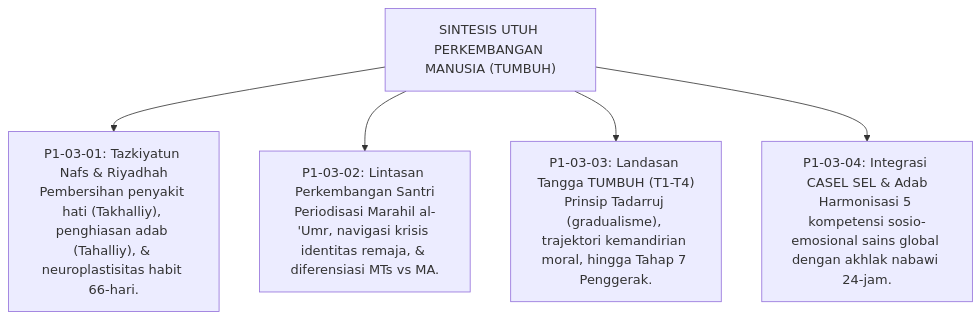
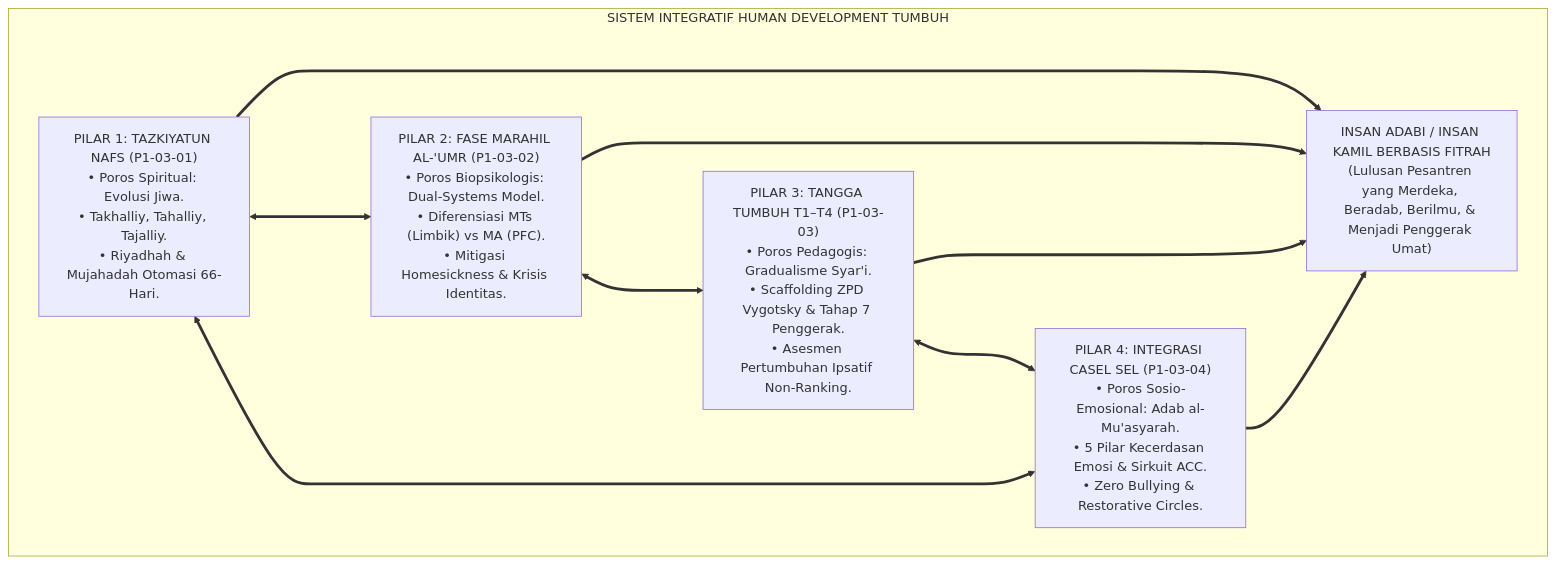
The first of 5 diagrams in 01 Philosophy/03 Human Development/P1-03-05-Sintesis-Human-Development.md (wandiapriliyandi/tumbuh), drawn with Mermaid before and after one commit. The commit also changed other lines of this file and 31 other files, not shown here.

````diff
--- a/01 Philosophy/03 Human Development/P1-03-05-Sintesis-Human-Development.md
+++ b/01 Philosophy/03 Human Development/P1-03-05-Sintesis-Human-Development.md
@@ -23,12 +53,21 @@
 ```mermaid
-graph TD
-    SintesisDev["SINTESIS UTUH PERKEMBANGAN MANUSIA (TUMBUH)"]
-    
-    SintesisDev --> D1["P1-03-01: Tazkiyatun Nafs & Riyadhah<br/>Pembersihan penyakit hati (Takhalliy), penghiasan adab (Tahalliy), & neuroplastisitas habit 66-hari."]
-    
-    SintesisDev --> D2["P1-03-02: Lintasan Perkembangan Santri<br/>Periodisasi Marahil al-'Umr, navigasi krisis identitas remaja, & diferensiasi MTs vs MA."]
-    
-    SintesisDev --> D3["P1-03-03: Landasan Tangga TUMBUH (T1-T4)<br/>Prinsip Tadarruj (gradualisme), trajektori kemandirian moral, hingga Tahap 7 Penggerak."]
-    
-    SintesisDev --> D4["P1-03-04: Integrasi CASEL SEL & Adab<br/>Harmonisasi 5 kompetensi sosio-emosional sains global dengan akhlak nabawi 24-jam."]
+flowchart TD
+    subgraph ArsitekturSintesisHD["SISTEM INTEGRATIF HUMAN DEVELOPMENT TUMBUH"]
+        P1["PILAR 1: TAZKIYATUN NAFS (P1-03-01)<br/>• Poros Spiritual: Evolusi Jiwa.<br/>• Takhalliy, Tahalliy, Tajalliy.<br/>• Riyadhah & Mujahadah Otomasi 66-Hari."]
+        
+        P2["PILAR 2: FASE MARAHIL AL-'UMR (P1-03-02)<br/>• Poros Biopsikologis: Dual-Systems Model.<br/>• Diferensiasi MTs (Limbik) vs MA (PFC).<br/>• Mitigasi Homesickness & Krisis Identitas."]
+        
+        P3["PILAR 3: TANGGA TUMBUH T1–T4 (P1-03-03)<br/>• Poros Pedagogis: Gradualisme Syar'i.<br/>• Scaffolding ZPD Vygotsky & Tahap 7 Penggerak.<br/>• Asesmen Pertumbuhan Ipsatif Non-Ranking."]
+        
+        P4["PILAR 4: INTEGRASI CASEL SEL (P1-03-04)<br/>• Poros Sosio-Emosional: Adab al-Mu'asyarah.<br/>• 5 Pilar Kecerdasan Emosi & Sirkuit ACC.<br/>• Zero Bullying & Restorative Circles."]
+        
+        P1 <===> P2
+        P2 <===> P3
+        P3 <===> P4
+        P4 <===> P1
+        
+        Sintesis["INSAN ADABI / INSAN KAMIL BERBASIS FITRAH<br/>(Lulusan Pesantren yang Merdeka, Beradab, Berilmu, & Menjadi Penggerak Umat)"]
+        
+        P1 & P2 & P3 & P4 ==> Sintesis
+    end
 ```
````
